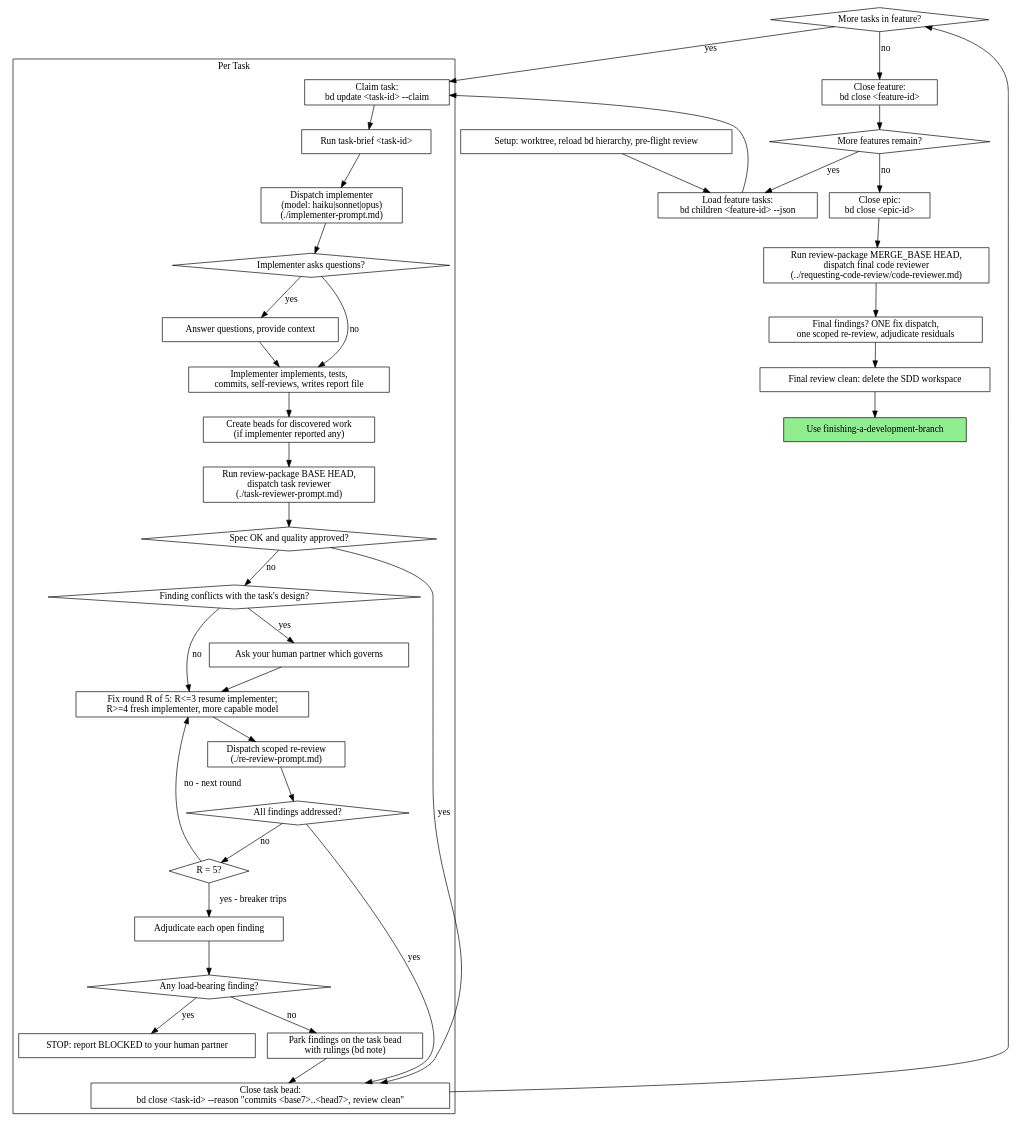
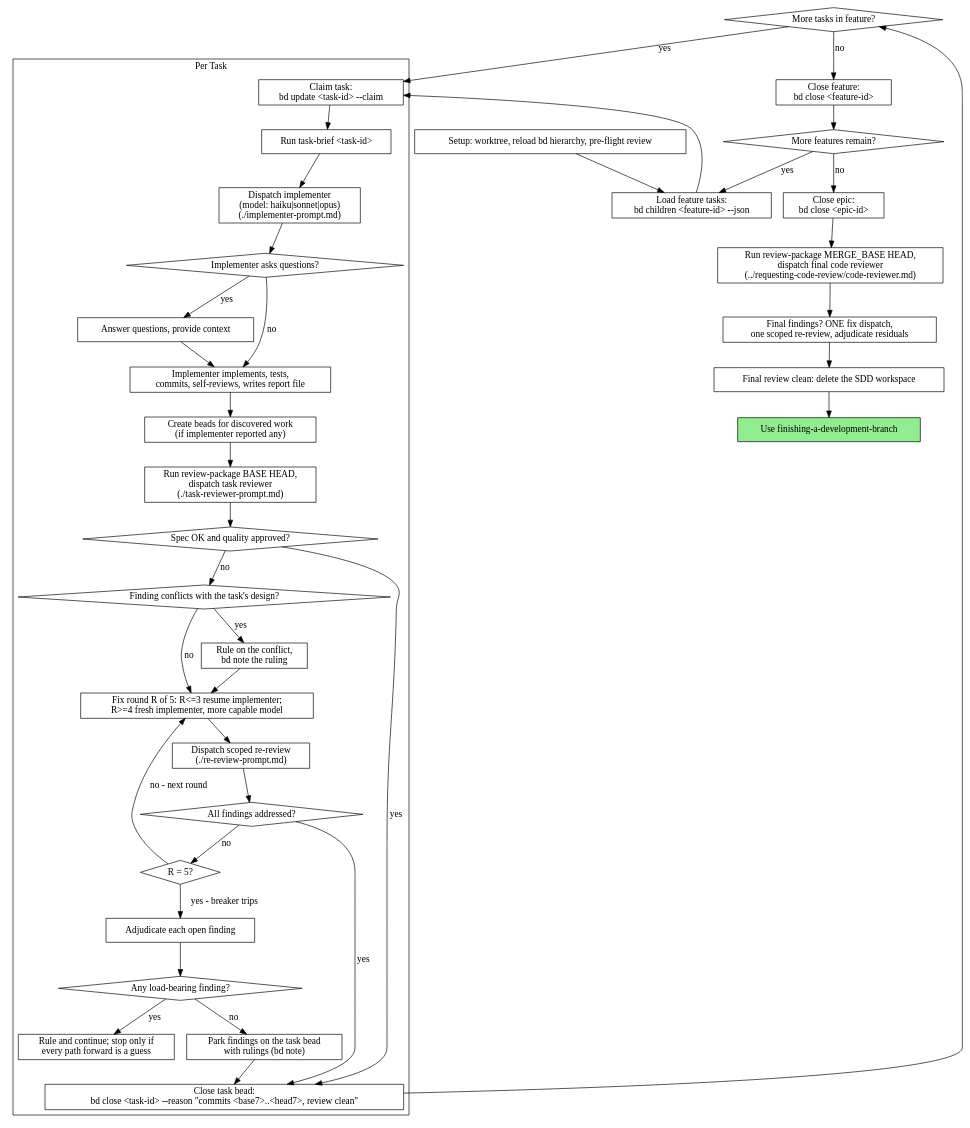
The second of 2 diagrams in plugins/joe-bag-of-tricks/skills/subagent-driven-development/SKILL.md (jwp23/joe-bag-of-tricks), drawn with Graphviz before and after one commit. The commit also changed other lines of this file and 12 other files, not shown here.

````diff
--- a/plugins/joe-bag-of-tricks/skills/subagent-driven-development/SKILL.md
+++ b/plugins/joe-bag-of-tricks/skills/subagent-driven-development/SKILL.md
@@ -46,77 +61,77 @@
 ```dot
 digraph process {
     rankdir=TB;
 
     subgraph cluster_per_task {
         label="Per Task";
         "Claim task:\nbd update <task-id> --claim" [shape=box];
         "Run task-brief <task-id>" [shape=box];
         "Dispatch implementer\n(model: haiku|sonnet|opus)\n(./implementer-prompt.md)" [shape=box];
         "Implementer asks questions?" [shape=diamond];
         "Answer questions, provide context" [shape=box];
         "Implementer implements, tests,\ncommits, self-reviews, writes report file" [shape=box];
         "Create beads for discovered work\n(if implementer reported any)" [shape=box];
         "Run review-package BASE HEAD,\ndispatch task reviewer\n(./task-reviewer-prompt.md)" [shape=box];
         "Spec OK and quality approved?" [shape=diamond];
         "Finding conflicts with the task's design?" [shape=diamond];
-        "Ask your human partner which governs" [shape=box];
+        "Rule on the conflict,\nbd note the ruling" [shape=box];
         "Fix round R of 5: R<=3 resume implementer;\nR>=4 fresh implementer, more capable model" [shape=box];
         "Dispatch scoped re-review\n(./re-review-prompt.md)" [shape=box];
         "All findings addressed?" [shape=diamond];
         "R = 5?" [shape=diamond];
         "Adjudicate each open finding" [shape=box];
         "Any load-bearing finding?" [shape=diamond];
-        "STOP: report BLOCKED to your human partner" [shape=box];
+        "Rule and continue; stop only if\nevery path forward is a guess" [shape=box];
         "Park findings on the task bead\nwith rulings (bd note)" [shape=box];
         "Close task bead:\nbd close <task-id> --reason \"commits <base7>..<head7>, review clean\"" [shape=box];
     }
 
     "Setup: worktree, reload bd hierarchy, pre-flight review" [shape=box];
     "Load feature tasks:\nbd children <feature-id> --json" [shape=box];
     "More tasks in feature?" [shape=diamond];
     "Close feature:\nbd close <feature-id>" [shape=box];
     "More features remain?" [shape=diamond];
     "Close epic:\nbd close <epic-id>" [shape=box];
     "Run review-package MERGE_BASE HEAD,\ndispatch final code reviewer\n(../requesting-code-review/code-reviewer.md)" [shape=box];
     "Final findings? ONE fix dispatch,\none scoped re-review, adjudicate residuals" [shape=box];
     "Final review clean: delete the SDD workspace" [shape=box];
     "Use finishing-a-development-branch" [shape=box style=filled fillcolor=lightgreen];
 
     "Setup: worktree, reload bd hierarchy, pre-flight review" -> "Load feature tasks:\nbd children <feature-id> --json";
     "Load feature tasks:\nbd children <feature-id> --json" -> "Claim task:\nbd update <task-id> --claim";
     "Claim task:\nbd update <task-id> --claim" -> "Run task-brief <task-id>";
     "Run task-brief <task-id>" -> "Dispatch implementer\n(model: haiku|sonnet|opus)\n(./implementer-prompt.md)";
     "Dispatch implementer\n(model: haiku|sonnet|opus)\n(./implementer-prompt.md)" -> "Implementer asks questions?";
     "Implementer asks questions?" -> "Answer questions, provide context" [label="yes"];
     "Answer questions, provide context" -> "Implementer implements, tests,\ncommits, self-reviews, writes report file";
     "Implementer asks questions?" -> "Implementer implements, tests,\ncommits, self-reviews, writes report file" [label="no"];
     "Implementer implements, tests,\ncommits, self-reviews, writes report file" -> "Create beads for discovered work\n(if implementer reported any)";
     "Create beads for discovered work\n(if implementer reported any)" -> "Run review-package BASE HEAD,\ndispatch task reviewer\n(./task-reviewer-prompt.md)";
     "Run review-package BASE HEAD,\ndispatch task reviewer\n(./task-reviewer-prompt.md)" -> "Spec OK and quality approved?";
     "Spec OK and quality approved?" -> "Close task bead:\nbd close <task-id> --reason \"commits <base7>..<head7>, review clean\"" [label="yes"];
     "Spec OK and quality approved?" -> "Finding conflicts with the task's design?" [label="no"];
-    "Finding conflicts with the task's design?" -> "Ask your human partner which governs" [label="yes"];
-    "Ask your human partner which governs" -> "Fix round R of 5: R<=3 resume implementer;\nR>=4 fresh implementer, more capable model";
+    "Finding conflicts with the task's design?" -> "Rule on the conflict,\nbd note the ruling" [label="yes"];
+    "Rule on the conflict,\nbd note the ruling" -> "Fix round R of 5: R<=3 resume implementer;\nR>=4 fresh implementer, more capable model";
     "Finding conflicts with the task's design?" -> "Fix round R of 5: R<=3 resume implementer;\nR>=4 fresh implementer, more capable model" [label="no"];
     "Fix round R of 5: R<=3 resume implementer;\nR>=4 fresh implementer, more capable model" -> "Dispatch scoped re-review\n(./re-review-prompt.md)";
     "Dispatch scoped re-review\n(./re-review-prompt.md)" -> "All findings addressed?";
     "All findings addressed?" -> "Close task bead:\nbd close <task-id> --reason \"commits <base7>..<head7>, review clean\"" [label="yes"];
     "All findings addressed?" -> "R = 5?" [label="no"];
     "R = 5?" -> "Fix round R of 5: R<=3 resume implementer;\nR>=4 fresh implementer, more capable model" [label="no - next round"];
     "R = 5?" -> "Adjudicate each open finding" [label="yes - breaker trips"];
     "Adjudicate each open finding" -> "Any load-bearing finding?";
-    "Any load-bearing finding?" -> "STOP: report BLOCKED to your human partner" [label="yes"];
+    "Any load-bearing finding?" -> "Rule and continue; stop only if\nevery path forward is a guess" [label="yes"];
     "Any load-bearing finding?" -> "Park findings on the task bead\nwith rulings (bd note)" [label="no"];
     "Park findings on the task bead\nwith rulings (bd note)" -> "Close task bead:\nbd close <task-id> --reason \"commits <base7>..<head7>, review clean\"";
     "Close task bead:\nbd close <task-id> --reason \"commits <base7>..<head7>, review clean\"" -> "More tasks in feature?";
     "More tasks in feature?" -> "Claim task:\nbd update <task-id> --claim" [label="yes"];
     "More tasks in feature?" -> "Close feature:\nbd close <feature-id>" [label="no"];
     "Close feature:\nbd close <feature-id>" -> "More features remain?";
     "More features remain?" -> "Load feature tasks:\nbd children <feature-id> --json" [label="yes"];
     "More features remain?" -> "Close epic:\nbd close <epic-id>" [label="no"];
     "Close epic:\nbd close <epic-id>" -> "Run review-package MERGE_BASE HEAD,\ndispatch final code reviewer\n(../requesting-code-review/code-reviewer.md)";
     "Run review-package MERGE_BASE HEAD,\ndispatch final code reviewer\n(../requesting-code-review/code-reviewer.md)" -> "Final findings? ONE fix dispatch,\none scoped re-review, adjudicate residuals";
     "Final findings? ONE fix dispatch,\none scoped re-review, adjudicate residuals" -> "Final review clean: delete the SDD workspace";
     "Final review clean: delete the SDD workspace" -> "Use finishing-a-development-branch";
 }
 ```
````
